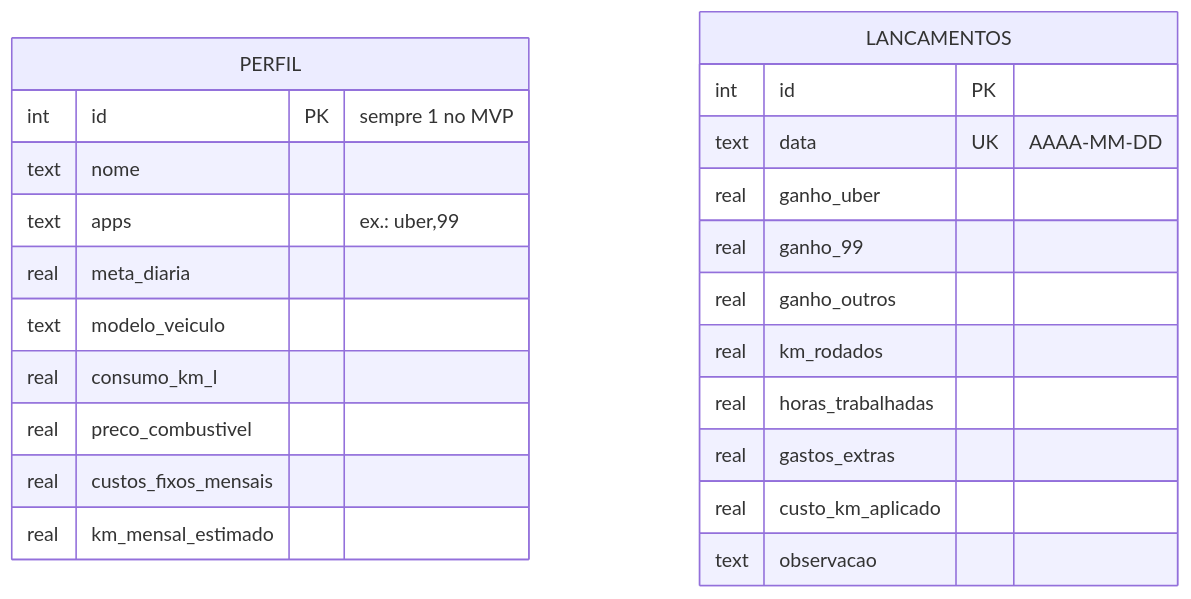
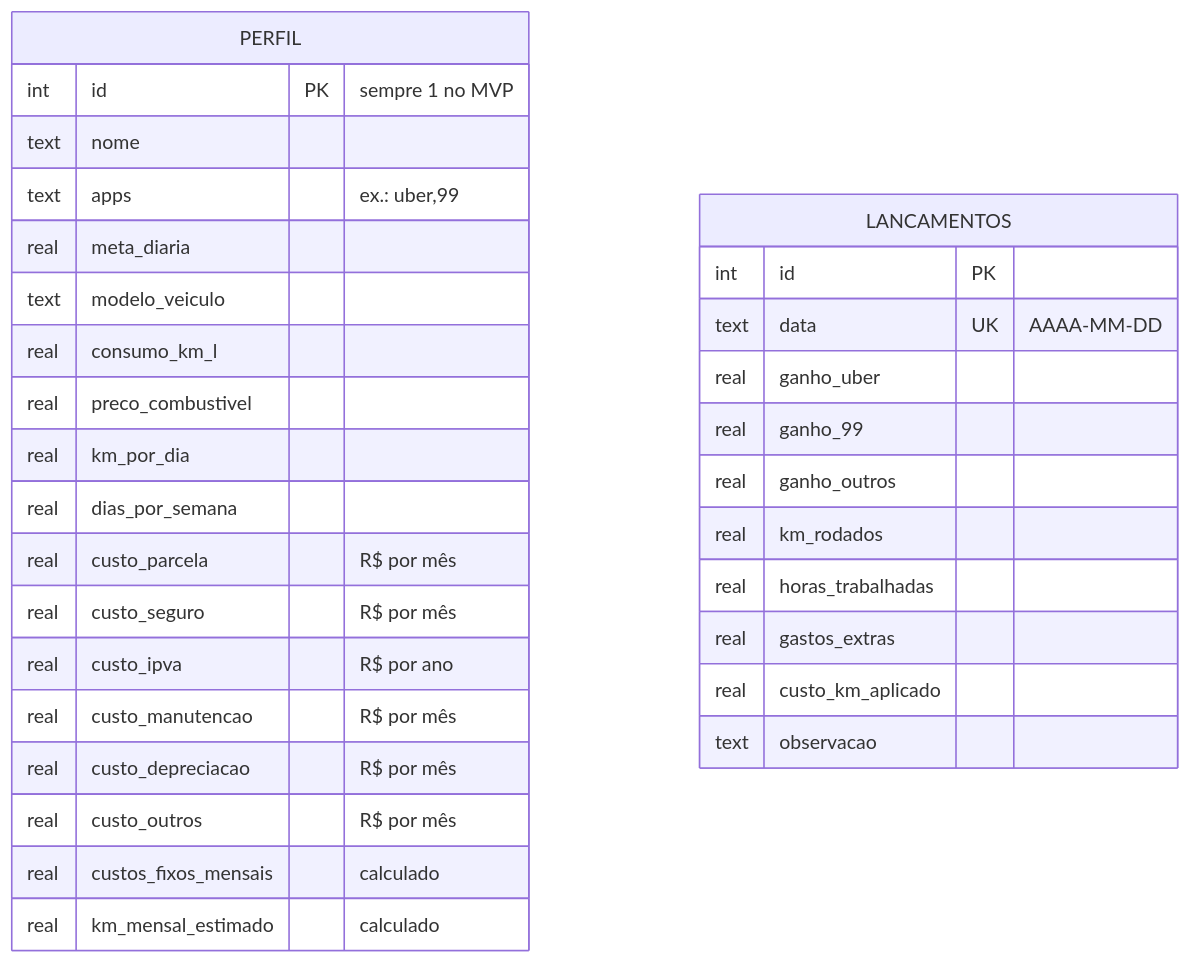
Before and after one commit to lucasMD10/Quilo-metro-Labs: the second of 2 diagrams in README.md, drawn with Mermaid. The commit also changed other lines of this file and 12 other files, not shown here.

````diff
--- a/README.md
+++ b/README.md
@@ -145,26 +150,34 @@
 ```mermaid
 erDiagram
   PERFIL {
     int id PK "sempre 1 no MVP"
     text nome
     text apps "ex.: uber,99"
     real meta_diaria
     text modelo_veiculo
     real consumo_km_l
     real preco_combustivel
-    real custos_fixos_mensais
-    real km_mensal_estimado
+    real km_por_dia
+    real dias_por_semana
+    real custo_parcela "R$ por mês"
+    real custo_seguro "R$ por mês"
+    real custo_ipva "R$ por ano"
+    real custo_manutencao "R$ por mês"
+    real custo_depreciacao "R$ por mês"
+    real custo_outros "R$ por mês"
+    real custos_fixos_mensais "calculado"
+    real km_mensal_estimado "calculado"
   }
   LANCAMENTOS {
     int id PK
     text data UK "AAAA-MM-DD"
     real ganho_uber
     real ganho_99
     real ganho_outros
     real km_rodados
     real horas_trabalhadas
     real gastos_extras
     real custo_km_aplicado
     text observacao
   }
 ```
````
